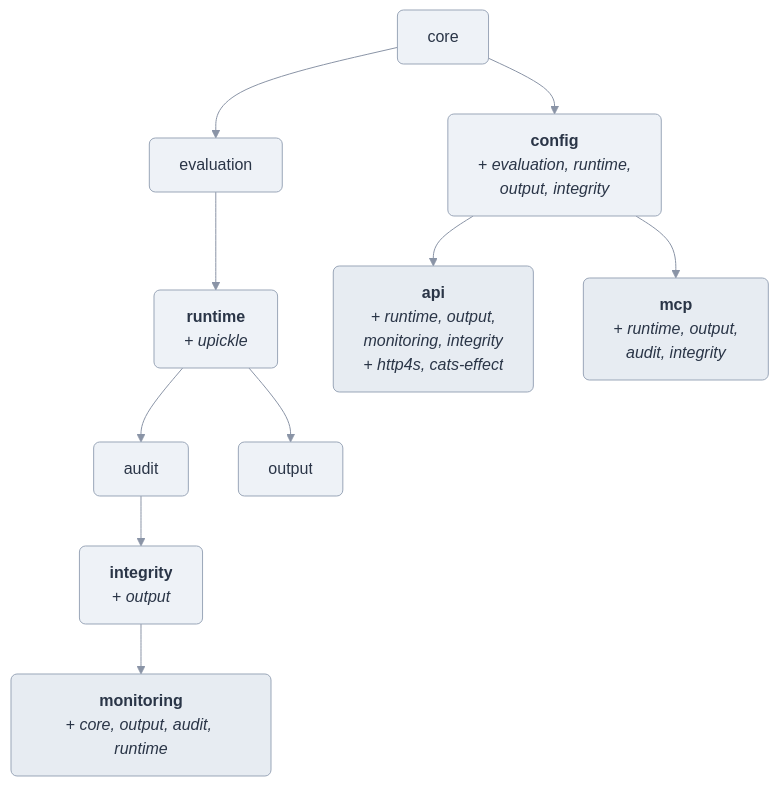
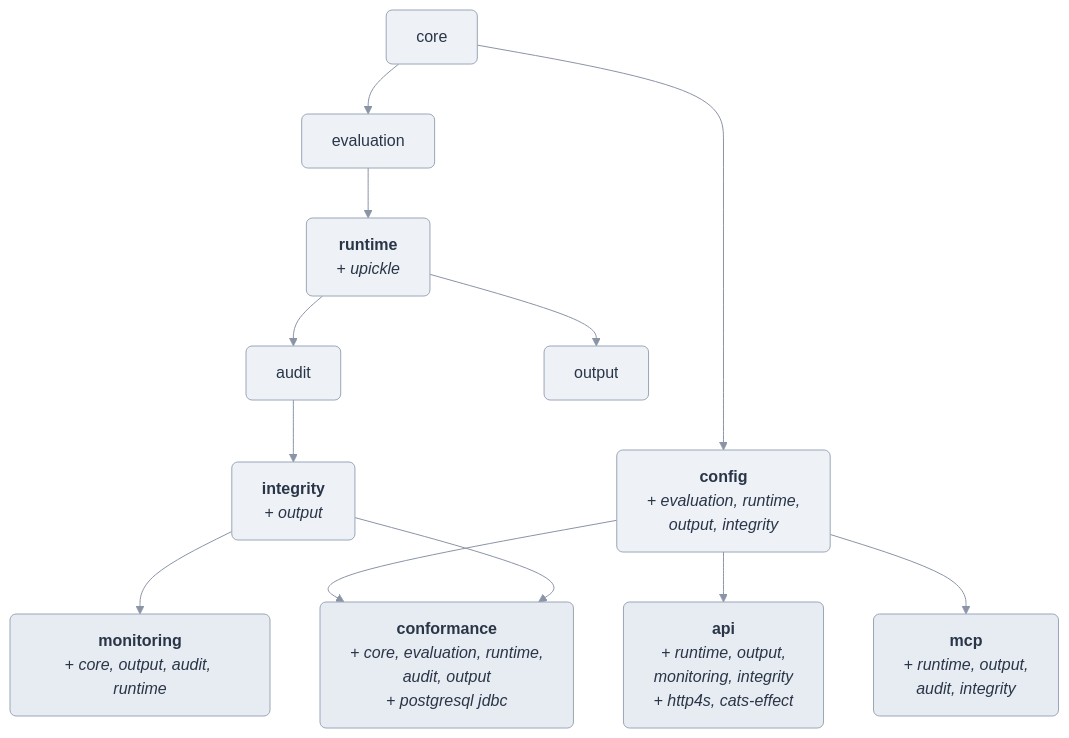
One commit to davecallaghan/clad changed the second of 2 diagrams in docs/architecture.md. Above: the diagram before and after it, drawn with Mermaid. The commit also changed other lines of this file and 5 other files, not shown here.

Commit message:
docs(conformance): README, architecture and verification evidence

````diff
--- a/docs/architecture.md
+++ b/docs/architecture.md
@@ -30,22 +30,25 @@
 ```mermaid
 %%{init: {"theme": "base", "themeVariables": {"fontFamily": "Georgia, serif", "fontSize": "16px", "lineColor": "#8a94a6"}}}%%
 flowchart TD
     core --> evaluation --> runtime
     runtime --> audit --> integrity --> monitoring
     runtime --> output
     core --> config
     config --> api
     config --> mcp
+    config --> conformance
+    integrity --> conformance
 
     runtime["<b>runtime</b><br/><i>+ upickle</i>"]
     integrity["<b>integrity</b><br/><i>+ output</i>"]
     monitoring["<b>monitoring</b><br/><i>+ core, output, audit, runtime</i>"]
     config["<b>config</b><br/><i>+ evaluation, runtime,<br/>output, integrity</i>"]
     api["<b>api</b><br/><i>+ runtime, output,<br/>monitoring, integrity</i><br/><i>+ http4s, cats-effect</i>"]
     mcp["<b>mcp</b><br/><i>+ runtime, output,<br/>audit, integrity</i>"]
+    conformance["<b>conformance</b><br/><i>+ core, evaluation, runtime,<br/>audit, output</i><br/><i>+ postgresql jdbc</i>"]
 
     classDef mod fill:#eef2f7,stroke:#9aa6b8,color:#2a3547,rx:6,ry:6;
     classDef leaf fill:#e7ecf2,stroke:#9aa6b8,color:#2a3547,rx:6,ry:6;
     class core,evaluation,runtime,audit,integrity,output,config mod;
-    class monitoring,api,mcp leaf;
+    class monitoring,api,mcp,conformance leaf;
 ```
````
